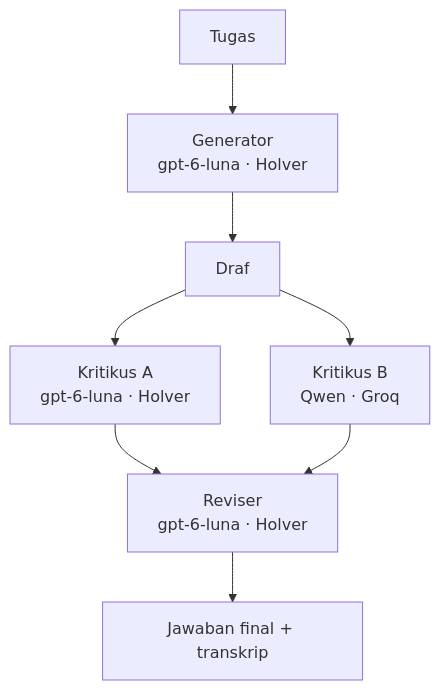
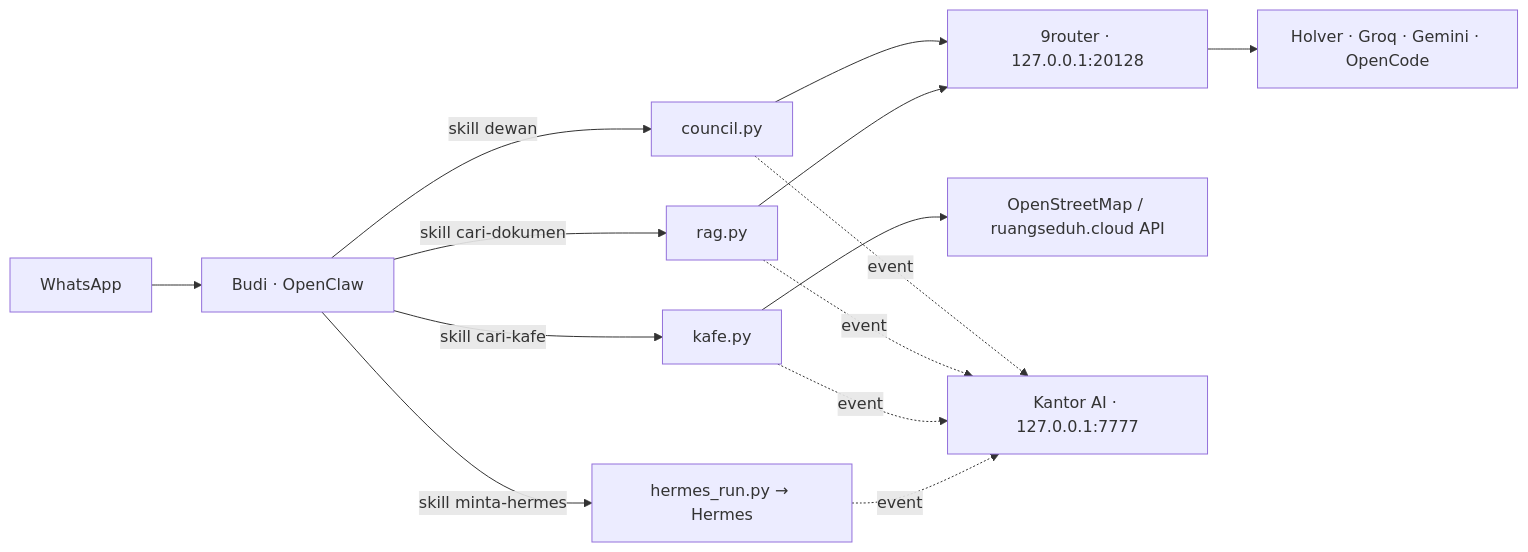
The diagram in README.md (louisaurelius343/budi-ai-council), drawn with Mermaid before and after one commit. The commit also changed other lines of this file and 22 other files, not shown here.

First line of the commit message:
v2: dewan 4 kritikus paralel, RAG, cari-kafe, 9router, Kantor AI

````diff
--- a/README.md
+++ b/README.md
@@ -9,10 +5,12 @@
 ```mermaid
-flowchart TD
-    T[Tugas] --> G[Generator<br/>gpt-6-luna · Holver]
-    G --> D[Draf]
-    D --> KA[Kritikus A<br/>gpt-6-luna · Holver]
-    D --> KB[Kritikus B<br/>Qwen · Groq]
-    KA --> R[Reviser<br/>gpt-6-luna · Holver]
-    KB --> R
-    R --> F[Jawaban final + transkrip]
+flowchart LR
+    WA[WhatsApp] --> B[Budi · OpenClaw]
+    B -->|skill dewan| C[council.py]
+    B -->|skill cari-dokumen| R[rag.py]
+    B -->|skill cari-kafe| K[kafe.py]
+    B -->|skill minta-hermes| H[hermes_run.py → Hermes]
+    C & R --> NR[9router · 127.0.0.1:20128]
+    NR --> P[Holver · Groq · Gemini · OpenCode]
+    K --> OSM[OpenStreetMap / ruangseduh.cloud API]
+    C & R & K & H -.event.-> KA[Kantor AI · 127.0.0.1:7777]
 ```
````
